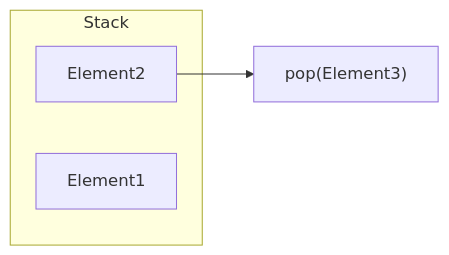
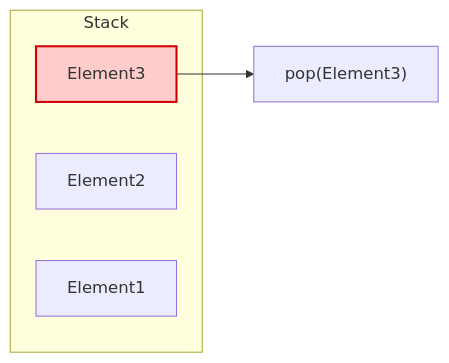
Before and after one commit to stefanmaeder/assembler: the diagram in slides/02_stack-2c.md, drawn with Mermaid. The commit also changed other lines of this file, not shown here.

````diff
--- a/slides/02_stack-2c.md
+++ b/slides/02_stack-2c.md
@@ -3,11 +5,15 @@
 ```mermaid
 flowchart LR
     pop["pop(Element3)"]
     
     subgraph Stack
+        C["Element3"]
         B["Element2"]
         A["Element1"]
     end
     
-    B --> pop
+    C --> pop
+
+style C fill:#ffcccc,stroke:#cc0000,stroke-width:2px
+
 ```
````
